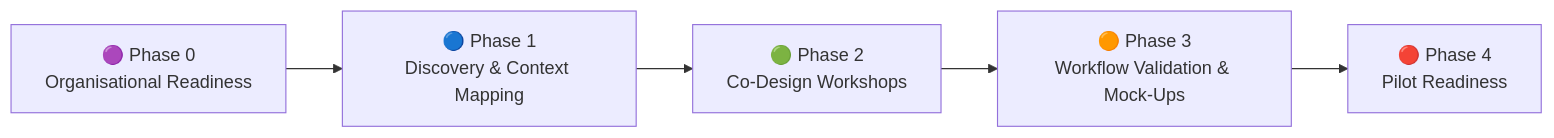
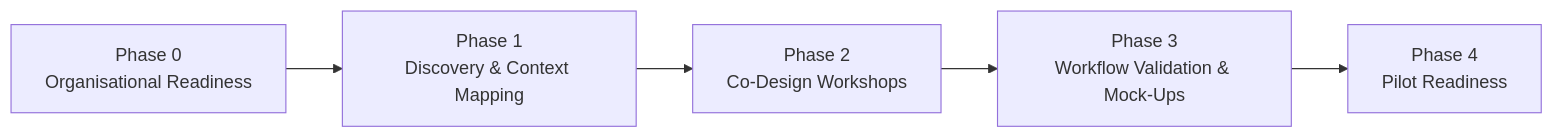
The diagram in MEMORI_ICU_CoDesign_Delivery_Phases.md (edavornyo-source/codex-test), drawn with Mermaid before and after one commit. The commit also changed other lines of this file, not shown here.

````diff
--- a/MEMORI_ICU_CoDesign_Delivery_Phases.md
+++ b/MEMORI_ICU_CoDesign_Delivery_Phases.md
@@ -23,8 +29,8 @@
 ```mermaid
 flowchart LR
-    A[🟣 Phase 0<br/>Organisational Readiness] -->
-    B[🔵 Phase 1<br/>Discovery & Context Mapping] -->
-    C[🟢 Phase 2<br/>Co-Design Workshops] -->
-    D[🟠 Phase 3<br/>Workflow Validation & Mock-Ups] -->
-    E[🔴 Phase 4<br/>Pilot Readiness]
+    A[Phase 0<br/>Organisational Readiness] -->
+    B[Phase 1<br/>Discovery & Context Mapping] -->
+    C[Phase 2<br/>Co-Design Workshops] -->
+    D[Phase 3<br/>Workflow Validation & Mock-Ups] -->
+    E[Phase 4<br/>Pilot Readiness]
 ```
````
